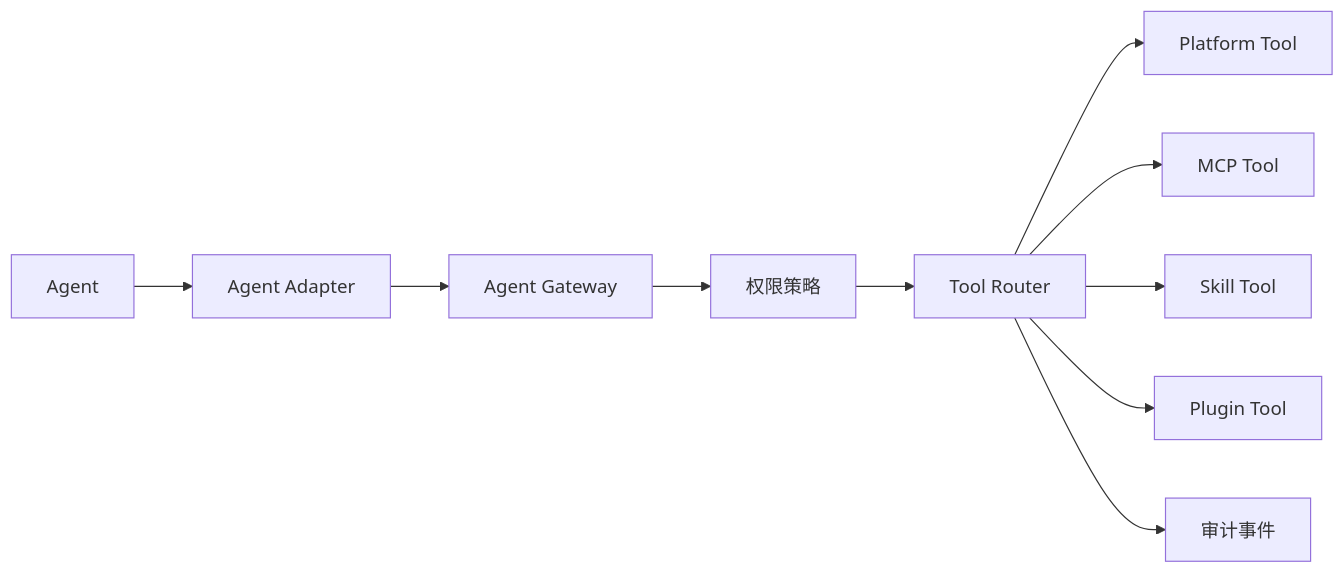
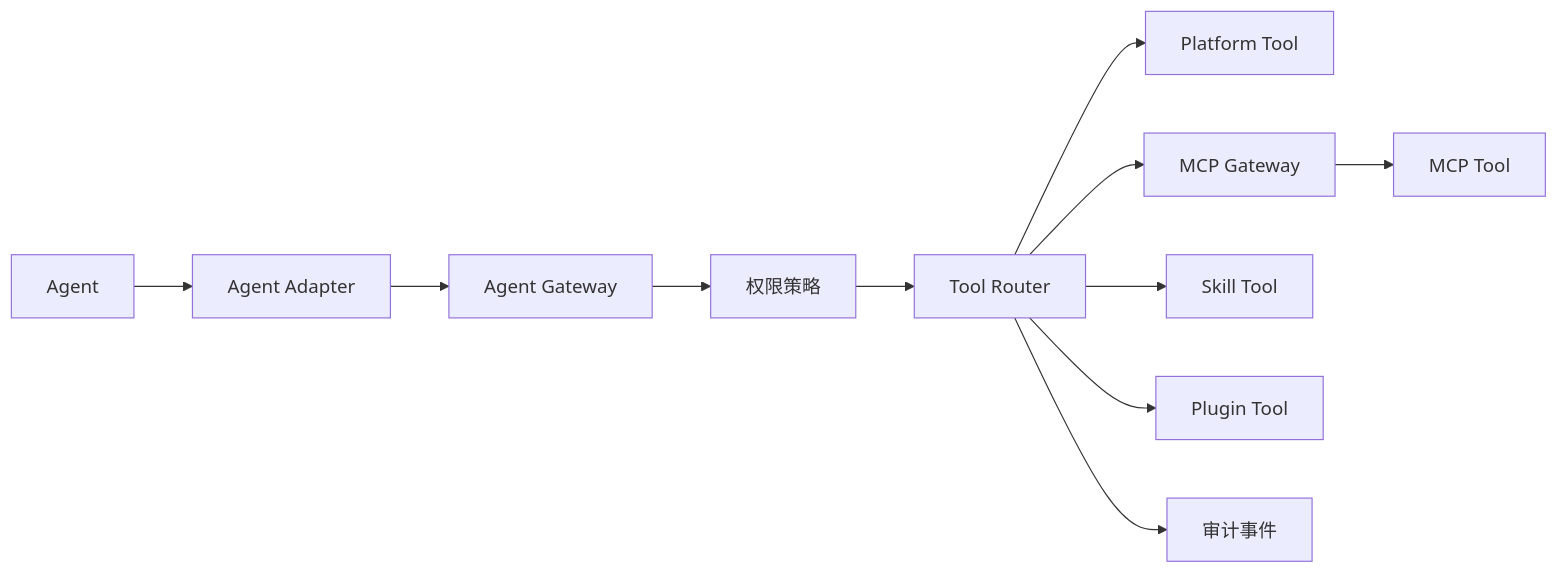
The fourth of 10 diagrams in docs/04-agent/agent-architecture.md (StanlySGY/Content-Factory), drawn with Mermaid before and after one commit. The commit also changed other lines of this file and 17 other files, not shown here.

````diff
--- a/docs/04-agent/agent-architecture.md
+++ b/docs/04-agent/agent-architecture.md
@@ -282,23 +294,25 @@
 ```mermaid
 flowchart LR
     Agent[Agent]
     Adapter[Agent Adapter]
     Gateway[Agent Gateway]
     Policy[权限策略]
     ToolRouter[Tool Router]
     Platform[Platform Tool]
+    MCPGateway[MCP Gateway]
     MCP[MCP Tool]
     Skill[Skill Tool]
     Plugin[Plugin Tool]
     Audit[审计事件]
 
     Agent --> Adapter
     Adapter --> Gateway
     Gateway --> Policy
     Policy --> ToolRouter
     ToolRouter --> Platform
-    ToolRouter --> MCP
+    ToolRouter --> MCPGateway
+    MCPGateway --> MCP
     ToolRouter --> Skill
     ToolRouter --> Plugin
     ToolRouter --> Audit
 ```
````
